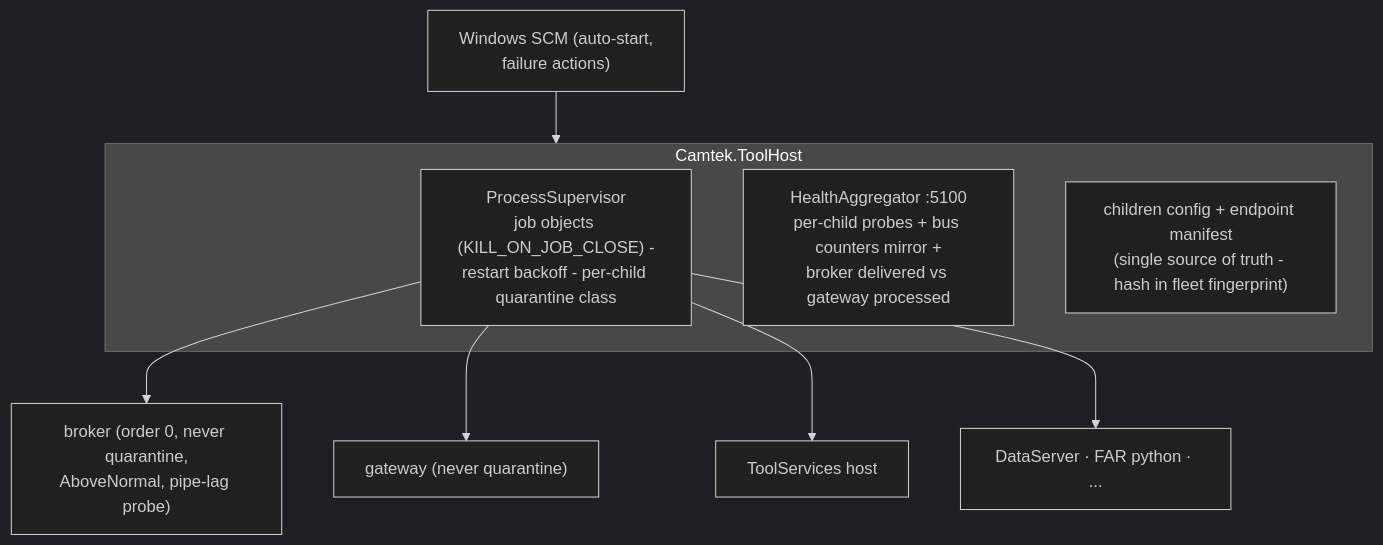
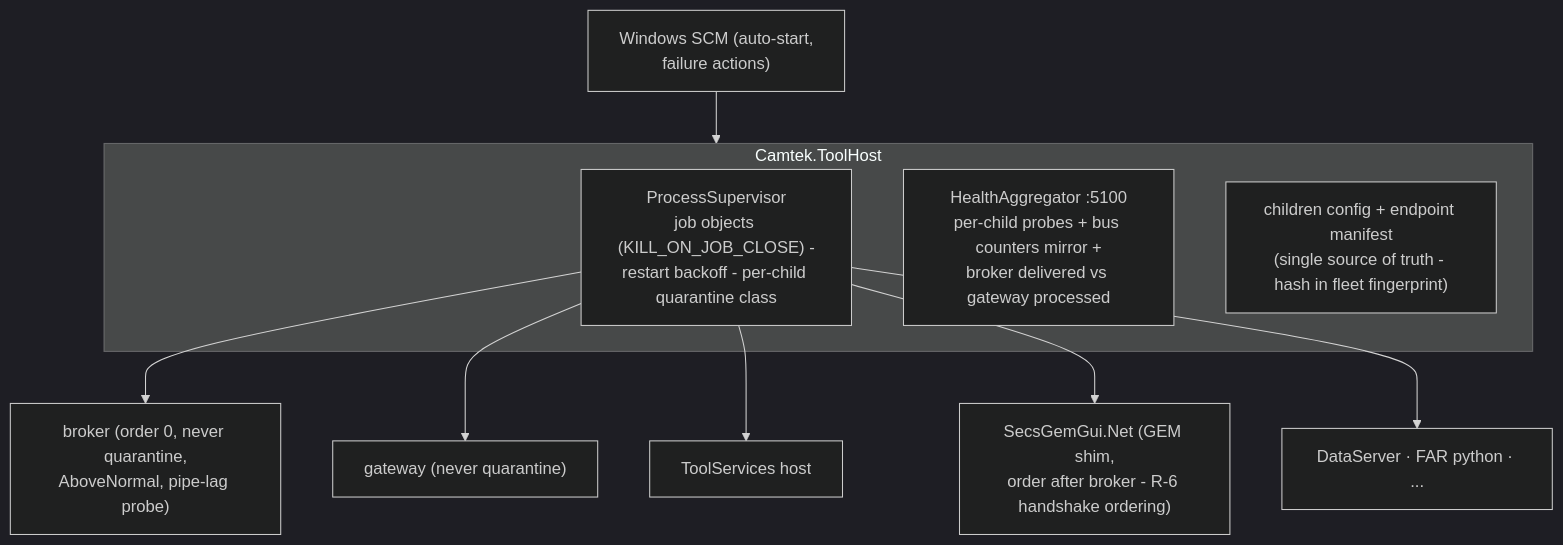
One commit to amitA-camtek/bus_gateway changed the tenth of 15 diagrams in stage/01-system-architecture.md. Above: the diagram before and after it, drawn with Mermaid (dark theme). The commit also changed other lines of this file and 20 other files, not shown here.

````diff
--- a/stage/01-system-architecture.md
+++ b/stage/01-system-architecture.md
@@ -235,14 +234,15 @@
 ```mermaid
 flowchart TB
     SCM["Windows SCM (auto-start,\nfailure actions)"]
     subgraph THS["Camtek.ToolHost"]
         SUP["ProcessSupervisor\njob objects (KILL_ON_JOB_CLOSE) -\nrestart backoff - per-child quarantine class"]
         HA["HealthAggregator :5100\nper-child probes + bus counters mirror +\nbroker delivered vs gateway processed"]
         CFG["children config + endpoint manifest\n(single source of truth - hash in fleet fingerprint)"]
     end
     SCM --> THS
     SUP --> C1["broker (order 0, never quarantine,\nAboveNormal, pipe-lag probe)"]
     SUP --> C2["gateway (never quarantine)"]
     SUP --> C3["ToolServices host"]
+    SUP --> C5["SecsGemGui.Net (GEM shim,\norder after broker - R-6 handshake ordering)"]
     SUP --> C4["DataServer · FAR python · ..."]
 ```
````
